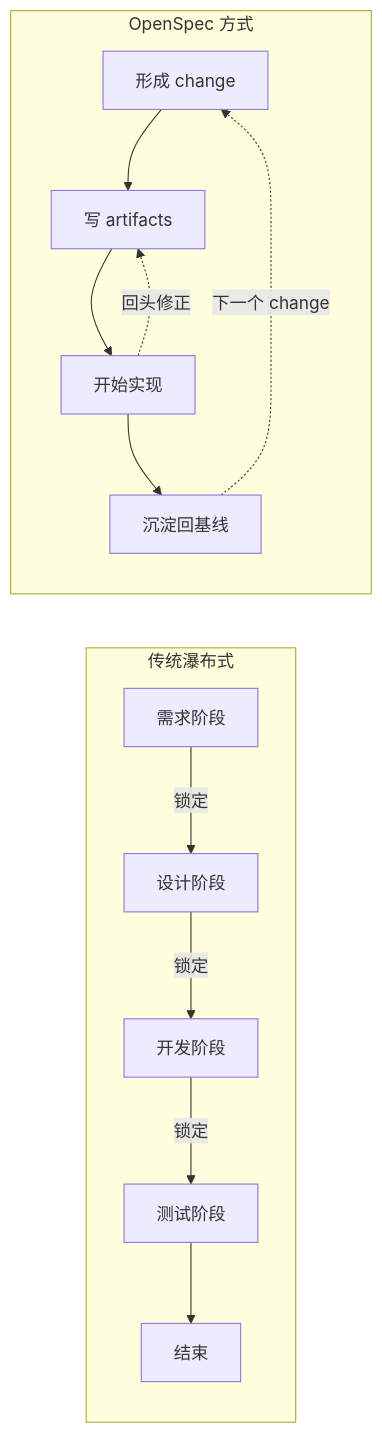
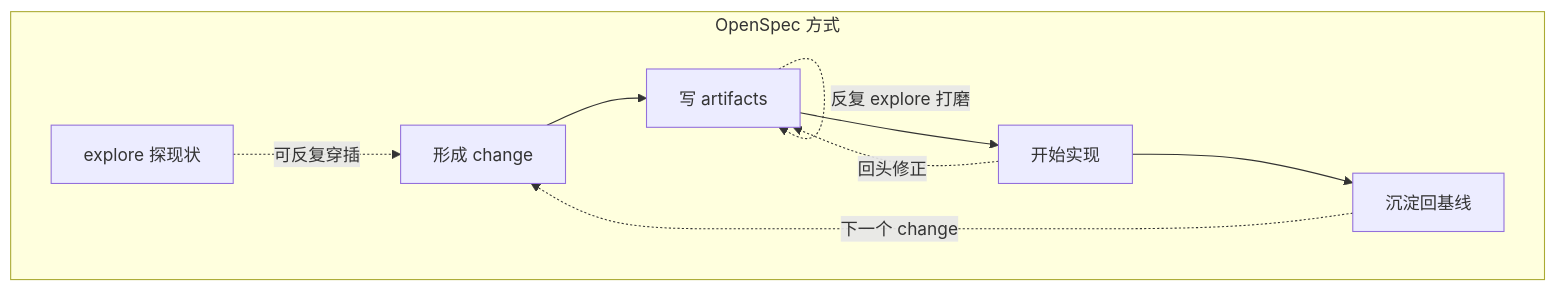
Before and after one commit to ethan-jiang-3/OpenSpec: the first of 3 diagrams in _openspec_handbook/03-高级-openspec-的软件开发生命周期思想.md, drawn with Mermaid. The commit also changed other lines of this file and 8 other files, not shown here.

````diff
--- a/_openspec_handbook/03-高级-openspec-的软件开发生命周期思想.md
+++ b/_openspec_handbook/03-高级-openspec-的软件开发生命周期思想.md
@@ -20,17 +58,12 @@
 ```mermaid
-graph LR
-    subgraph 传统瀑布式
-    A1[需求阶段] -->|锁定| A2[设计阶段]
-    A2 -->|锁定| A3[开发阶段]
-    A3 -->|锁定| A4[测试阶段]
-    A4 --> A5[结束]
-    end
-    
+graph TB    
     subgraph OpenSpec 方式
+    E[explore 探现状] -.可反复穿插.-> B1
     B1[形成 change] --> B2[写 artifacts]
+    B2 -.反复 explore 打磨.-> B2
     B2 --> B3[开始实现]
     B3 -.回头修正.-> B2
     B3 --> B4[沉淀回基线]
     B4 -.下一个 change.-> B1
     end
 ```
````
